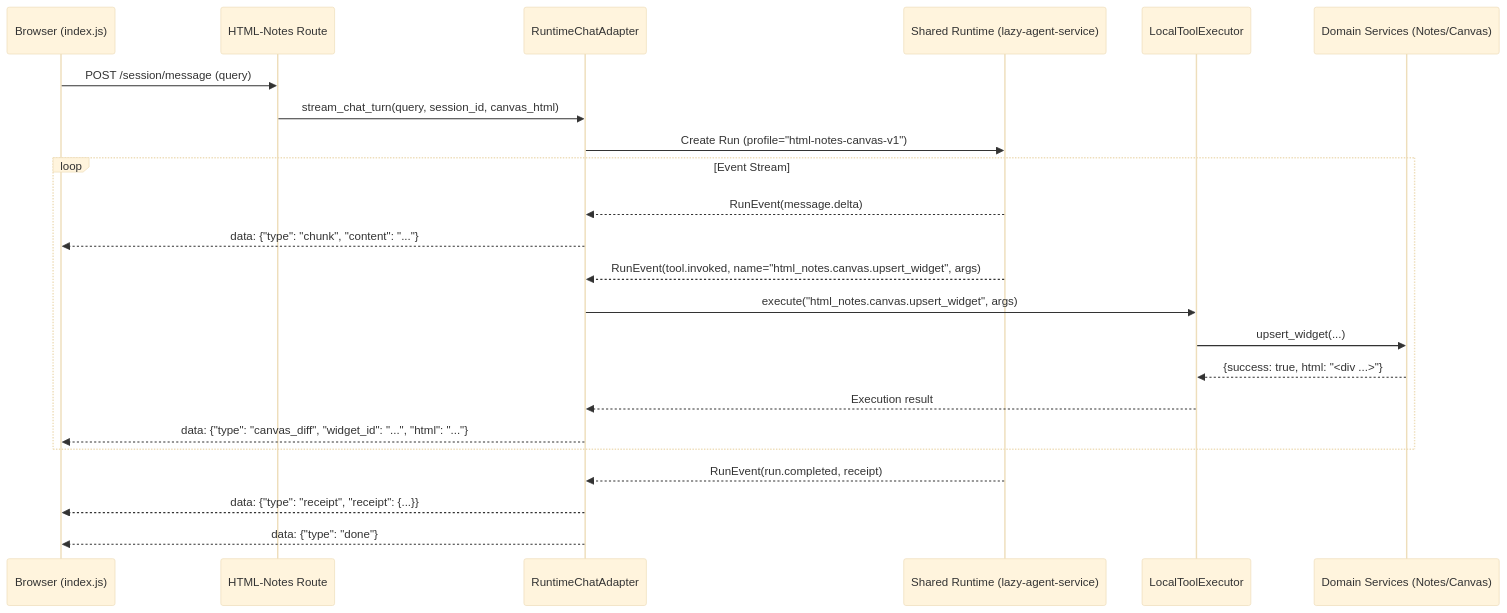
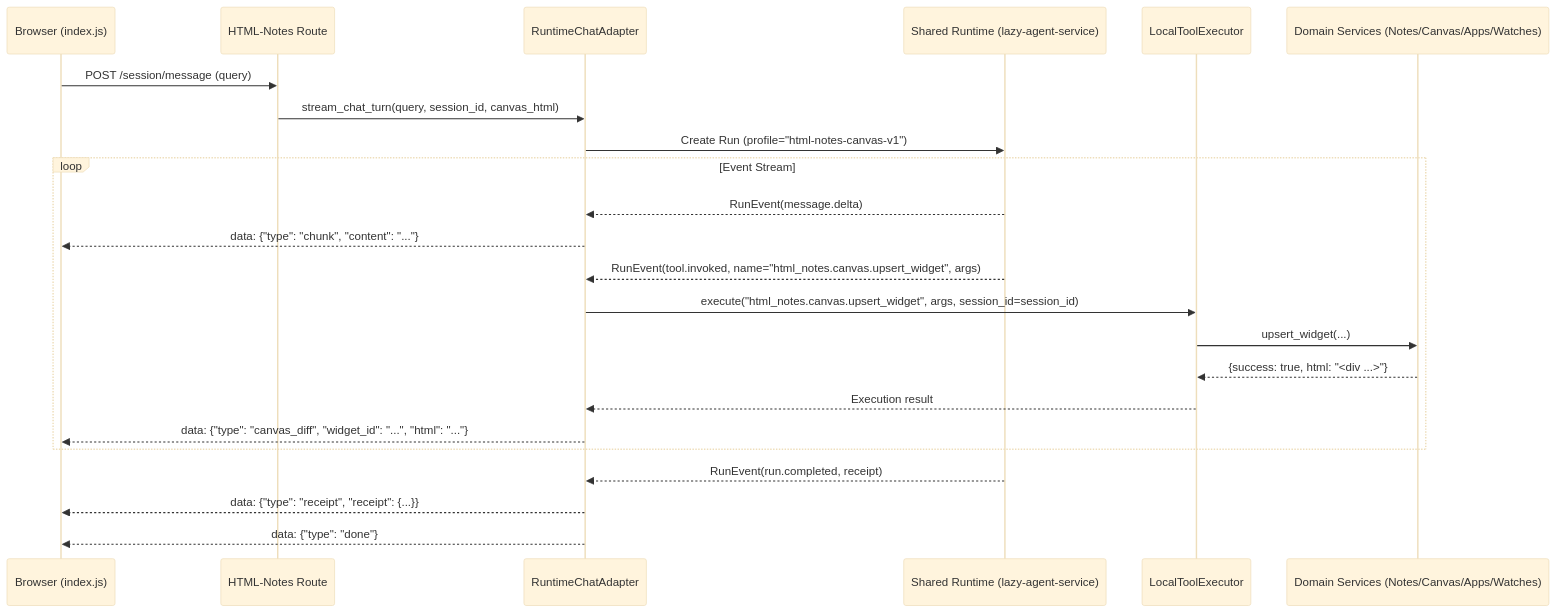
One commit to LazyCat420/HTML-Notes changed the diagram in ARCHITECTURE.md. Above: the diagram before and after it, drawn with Mermaid (base theme). The commit also changed other lines of this file and 15 other files, not shown here.

Commit message:
feat(domain): complete local manifests, local executor dispatch, policy gates, and session isolation

````diff
--- a/ARCHITECTURE.md
+++ b/ARCHITECTURE.md
@@ -88,29 +105,29 @@
 ```mermaid
 sequenceDiagram
     participant Client as Browser (index.js)
     participant Route as HTML-Notes Route
     participant Adapter as RuntimeChatAdapter
     participant Runtime as Shared Runtime (lazy-agent-service)
     participant Executor as LocalToolExecutor
-    participant Domain as Domain Services (Notes/Canvas)
+    participant Domain as Domain Services (Notes/Canvas/Apps/Watches)
 
     Client->>Route: POST /session/message (query)
     Route->>Adapter: stream_chat_turn(query, session_id, canvas_html)
     Adapter->>Runtime: Create Run (profile="html-notes-canvas-v1")
 
     loop Event Stream
         Runtime-->>Adapter: RunEvent(message.delta)
         Adapter-->>Client: data: {"type": "chunk", "content": "..."}
 
         Runtime-->>Adapter: RunEvent(tool.invoked, name="html_notes.canvas.upsert_widget", args)
-        Adapter->>Executor: execute("html_notes.canvas.upsert_widget", args)
+        Adapter->>Executor: execute("html_notes.canvas.upsert_widget", args, session_id=session_id)
         Executor->>Domain: upsert_widget(...)
         Domain-->>Executor: {success: true, html: "<div ...>"}
         Executor-->>Adapter: Execution result
         Adapter-->>Client: data: {"type": "canvas_diff", "widget_id": "...", "html": "..."}
     end
 
     Runtime-->>Adapter: RunEvent(run.completed, receipt)
     Adapter-->>Client: data: {"type": "receipt", "receipt": {...}}
     Adapter-->>Client: data: {"type": "done"}
 ```
````
